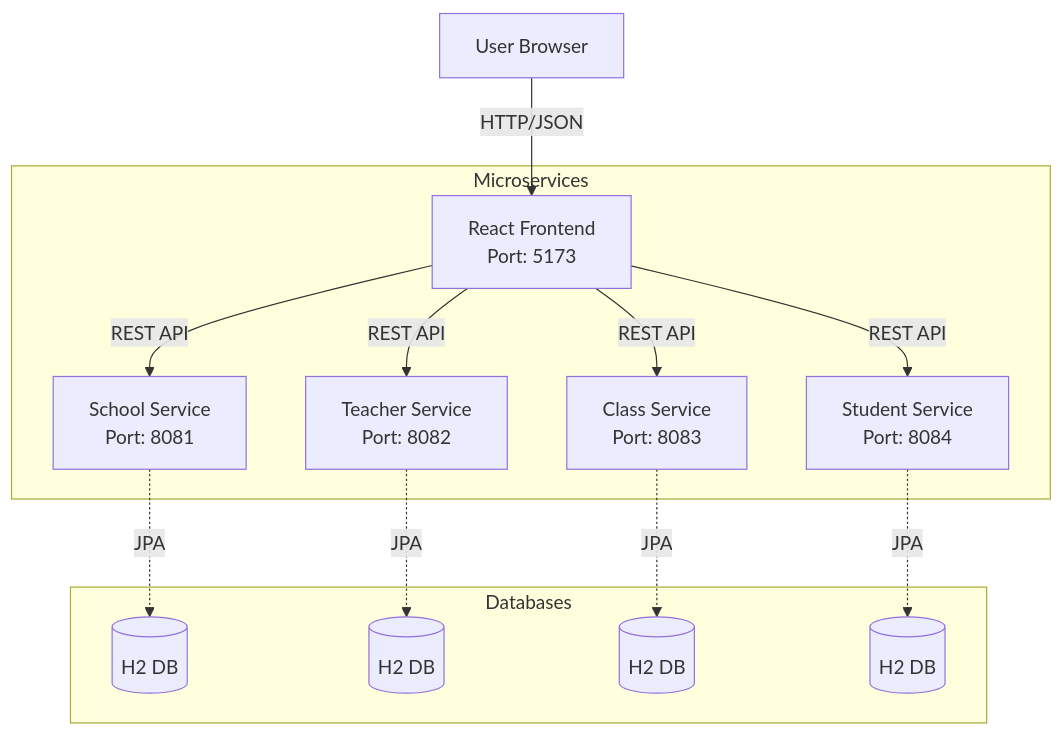
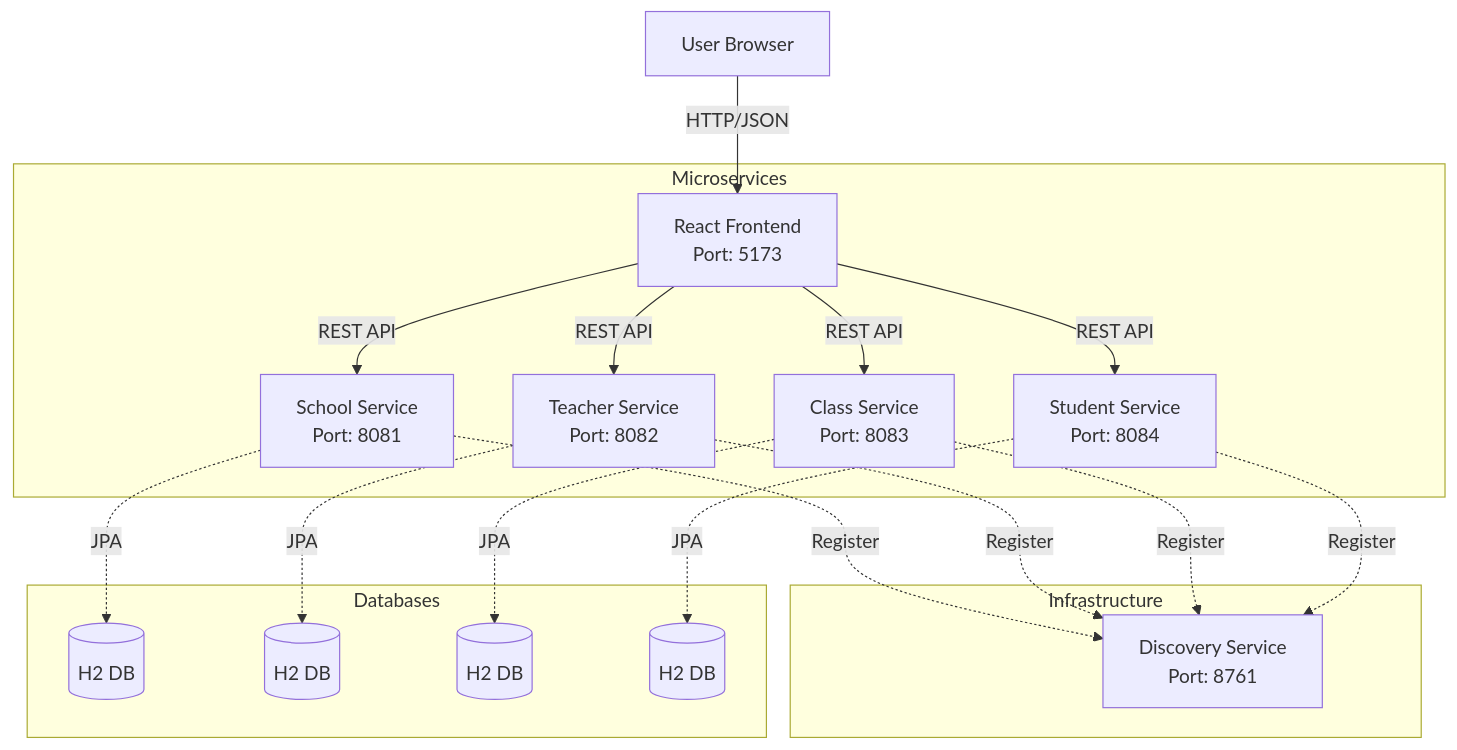
One commit to bhaumiksinh/School-Management-System changed the diagram in README.md. Above: the diagram before and after it, drawn with Mermaid. The commit also changed other lines of this file, not shown here.

Commit message:
Docs: Update README with Eureka Server details

````diff
--- a/README.md
+++ b/README.md
@@ -21,18 +21,27 @@
 ```mermaid
 graph TD
     User[User Browser] -->|HTTP/JSON| Frontend[React Frontend<br/>Port: 5173]
     
+    subgraph Infrastructure
+        Eureka[Discovery Service<br/>Port: 8761]
+    end
+
     subgraph Microservices
         Frontend -->|REST API| School[School Service<br/>Port: 8081]
         Frontend -->|REST API| Teacher[Teacher Service<br/>Port: 8082]
         Frontend -->|REST API| Class[Class Service<br/>Port: 8083]
         Frontend -->|REST API| Student[Student Service<br/>Port: 8084]
+        
+        School -.->|Register| Eureka
+        Teacher -.->|Register| Eureka
+        Class -.->|Register| Eureka
+        Student -.->|Register| Eureka
     end
     
     subgraph Databases
         School -.->|JPA| DB1[(H2 DB)]
         Teacher -.->|JPA| DB2[(H2 DB)]
         Class -.->|JPA| DB3[(H2 DB)]
         Student -.->|JPA| DB4[(H2 DB)]
     end
 ```
````
